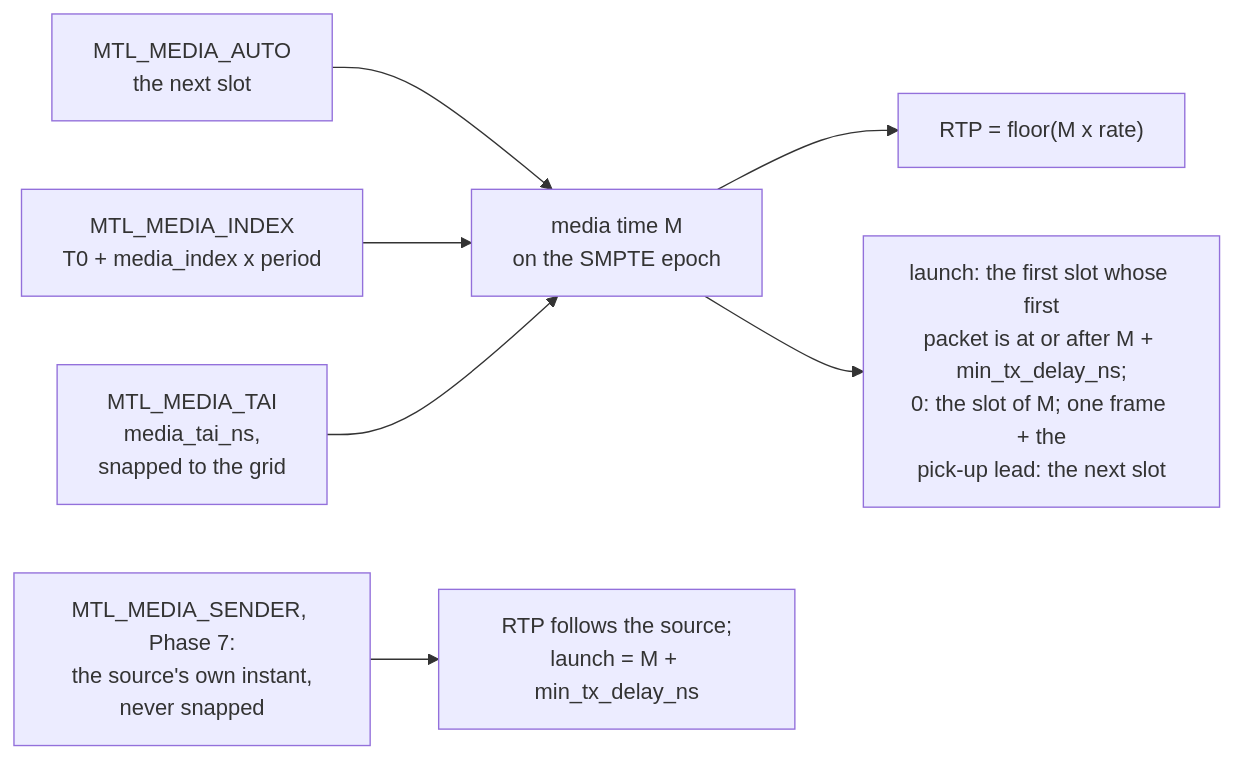
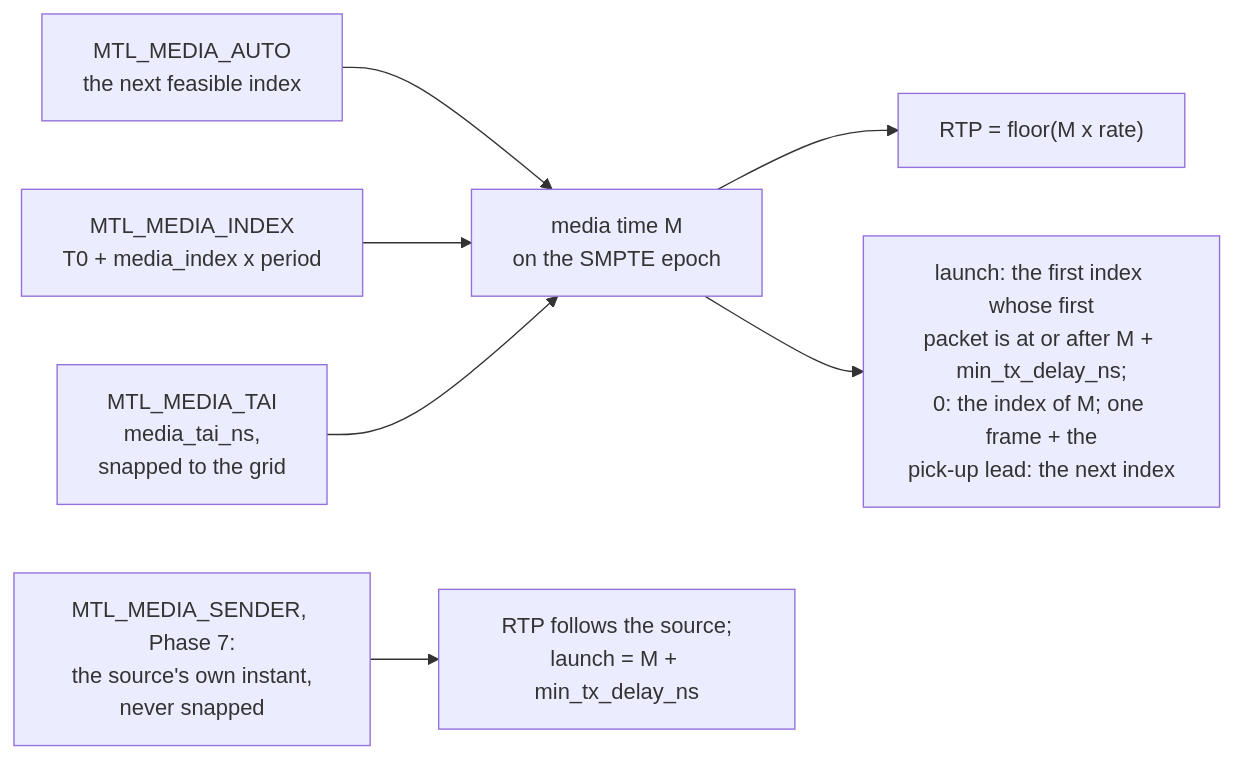
One commit to Sakoram/Media-Transport-Library changed diagram 42 of 56 in doc/unified-api/diagrams.md. Above: the diagram before and after it, drawn with Mermaid. The commit also changed other lines of this file and 53 other files, not shown here.

````diff
--- a/doc/unified-api/diagrams.md
+++ b/doc/unified-api/diagrams.md
@@ -1125,9 +1134,9 @@
 ```mermaid
 flowchart LR
-    AUTO["MTL_MEDIA_AUTO<br/>the next slot"] --> M["media time M<br/>on the SMPTE epoch"]
+    AUTO["MTL_MEDIA_AUTO<br/>the next feasible index"] --> M["media time M<br/>on the SMPTE epoch"]
     IDX["MTL_MEDIA_INDEX<br/>T0 + media_index x period"] --> M
     TAI["MTL_MEDIA_TAI<br/>media_tai_ns,<br/>snapped to the grid"] --> M
     M --> RTP["RTP = floor(M x rate)"]
-    M --> LA["launch: the first slot whose first<br/>packet is at or after M + min_tx_delay_ns;<br/>0: the slot of M; one frame + the<br/>pick-up lead: the next slot"]
+    M --> LA["launch: the first index whose first<br/>packet is at or after M + min_tx_delay_ns;<br/>0: the index of M; one frame + the<br/>pick-up lead: the next index"]
     SND["MTL_MEDIA_SENDER, Phase 7:<br/>the source's own instant,<br/>never snapped"] --> RS["RTP follows the source;<br/>launch = M + min_tx_delay_ns"]
 ```
````
